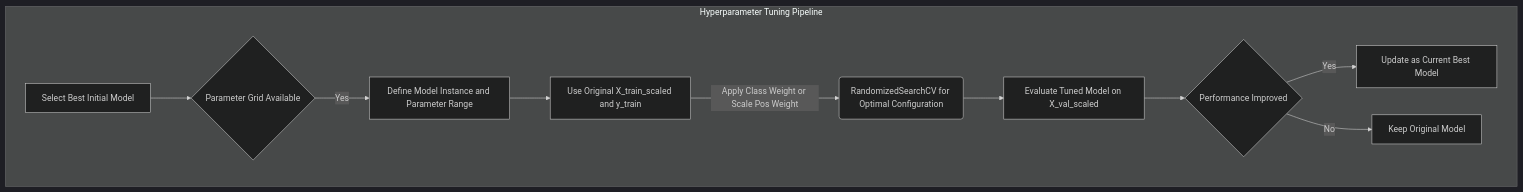
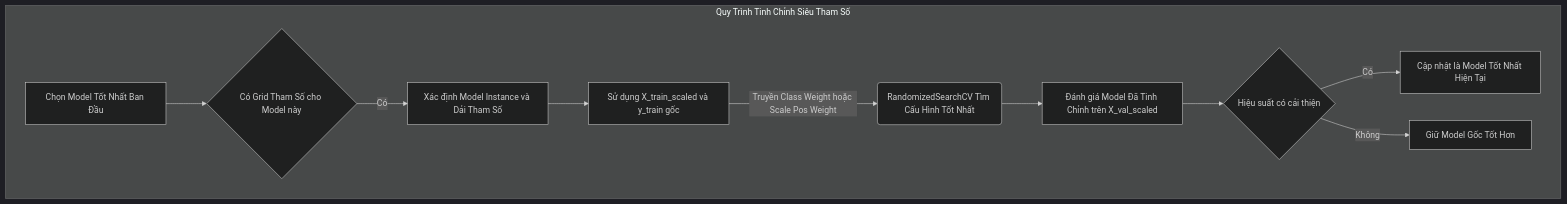
One commit to ShayNeeo/confess-crush changed the fourth of 8 diagrams in question.md. Above: the diagram before and after it, drawn with Mermaid (dark theme). The commit also changed other lines of this file, not shown here.

````diff
--- a/question.md
+++ b/question.md
@@ -161,13 +118,13 @@
-```mermaid
-graph TD
-    subgraph Hyperparameter Tuning Pipeline
-        A[Select Best Initial Model] --> B{Parameter Grid Available};
-        B -- Yes --> C[Define Model Instance and Parameter Range];
-        C --> D[Use Original X_train_scaled and y_train];
-        D -- Apply Class Weight or Scale Pos Weight --> E(RandomizedSearchCV for Optimal Configuration);
-        E --> F[Evaluate Tuned Model on X_val_scaled];
-        F --> G{Performance Improved};
-        G -- Yes --> H[Update as Current Best Model];
-        G -- No --> I[Keep Original Model];
-    end
-```
+    ```mermaid
+    graph TD
+        subgraph Quy Trình Tinh Chỉnh Siêu Tham Số
+            A[Chọn Model Tốt Nhất Ban Đầu] --> B{Có Grid Tham Số cho Model này};
+            B -- Có --> C[Xác định Model Instance và Dải Tham Số];
+            C --> D[Sử dụng X_train_scaled và y_train gốc];
+            D -- Truyền Class Weight hoặc Scale Pos Weight --> E(RandomizedSearchCV Tìm Cấu Hình Tốt Nhất);
+            E --> F[Đánh giá Model Đã Tinh Chỉnh trên X_val_scaled];
+            F --> G{Hiệu suất có cải thiện};
+            G -- Có --> H[Cập nhật là Model Tốt Nhất Hiện Tại];
+            G -- Không --> I[Giữ Model Gốc Tốt Hơn];
+        end
+    ```
````
